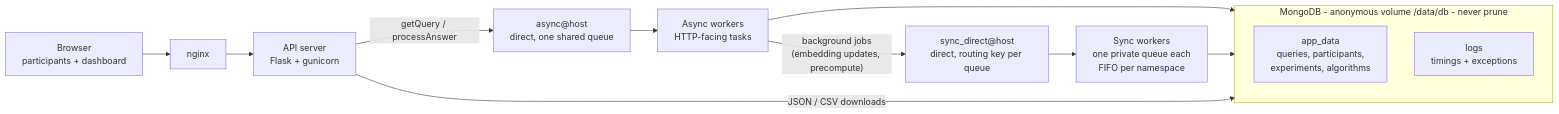
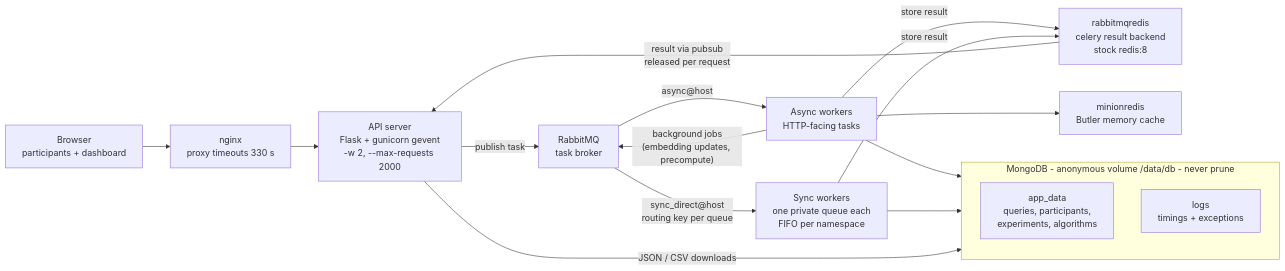
One commit to siplab-gt/NEXT changed the fifth of 5 diagrams in DEV_DOCUMENTATION.md. Above: the diagram before and after it, drawn with Mermaid. The commit also changed other lines of this file and 5391 other files, not shown here.

````diff
--- a/DEV_DOCUMENTATION.md
+++ b/DEV_DOCUMENTATION.md
@@ -833,16 +832,20 @@
 ```mermaid
 flowchart LR
-    B["Browser<br>participants + dashboard"] --> N["nginx"]
-    N --> A["API server<br>Flask + gunicorn"]
-    A -->|"getQuery / processAnswer"| QA["async@host<br>direct, one shared queue"]
-    QA --> WA["Async workers<br>HTTP-facing tasks"]
-    WA -->|"background jobs<br>(embedding updates, precompute)"| QS["sync_direct@host<br>direct, routing key per queue"]
-    QS --> WS["Sync workers<br>one private queue each<br>FIFO per namespace"]
+    B["Browser<br>participants + dashboard"] --> N["nginx<br>proxy timeouts 330 s"]
+    N --> A["API server<br>Flask + gunicorn gevent<br>-w 2, --max-requests 2000"]
+    A -->|"publish task"| MQ["RabbitMQ<br>task broker"]
+    MQ -->|"async@host"| WA["Async workers<br>HTTP-facing tasks"]
+    WA -->|"background jobs<br>(embedding updates, precompute)"| MQ
+    MQ -->|"sync_direct@host<br>routing key per queue"| WS["Sync workers<br>one private queue each<br>FIFO per namespace"]
+    WA -->|"store result"| RR["rabbitmqredis<br>celery result backend<br>stock redis:8"]
+    WS -->|"store result"| RR
+    RR -->|"result via pubsub<br>released per request"| A
+    WA --> MR["minionredis<br>Butler memory cache"]
     WA --> DB
     WS --> DB
     A -->|"JSON / CSV downloads"| DB
     subgraph DB["MongoDB - anonymous volume /data/db - never prune"]
         D1["app_data<br>queries, participants,<br>experiments, algorithms"]
         D2["logs<br>timings + exceptions"]
     end
 ```
````
